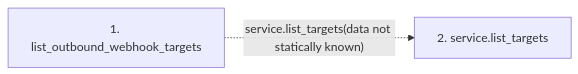
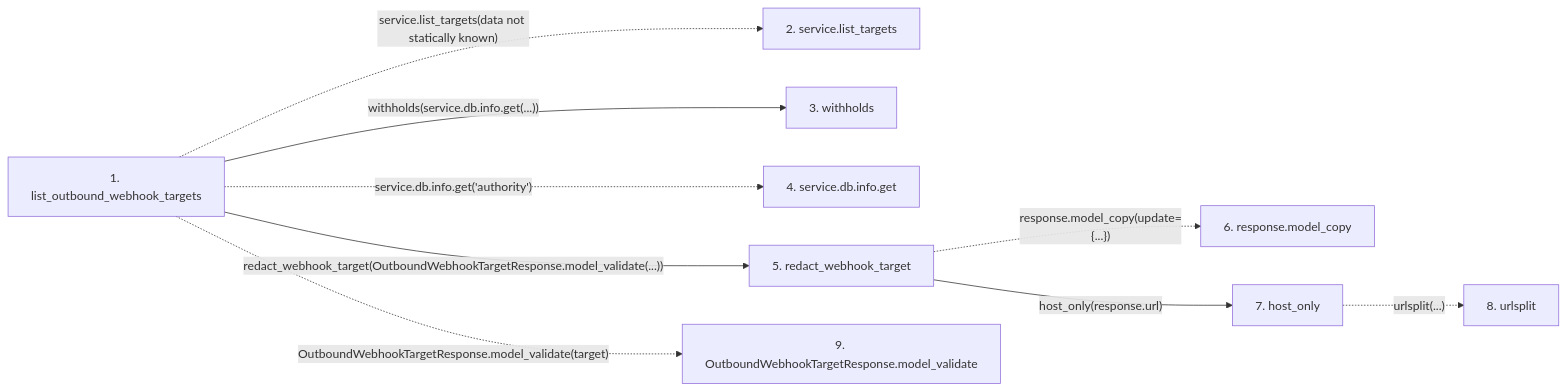
One commit to Denissvgn/WorkChord changed the second of 2 diagrams in docs/llm_wiki/flows/http-list_outbound_webhook_targets.md. Above: the diagram before and after it, drawn with Mermaid. The commit also changed other lines of this file and 524 other files, not shown here.

````diff
--- a/docs/llm_wiki/flows/http-list_outbound_webhook_targets.md
+++ b/docs/llm_wiki/flows/http-list_outbound_webhook_targets.md
@@ -36,7 +50,24 @@
 ```mermaid
 flowchart LR
     s1["1. list_outbound_webhook_targets"]
     s2["2. service.list_targets"]
+    s3["3. withholds"]
+    s4["4. service.db.info.get"]
+    s5["5. redact_webhook_target"]
+    s6["6. response.model_copy"]
+    s7["7. host_only"]
+    s8["8. urlsplit"]
+    s9["9. OutboundWebhookTargetResponse.model_validate"]
     s1 -. "service.list_targets(data not statically known)" .-> s2
+    s1 -->|"withholds(service.db.info.get(...))"| s3
+    s1 -. "service.db.info.get('authority')" .-> s4
+    s1 -->|"redact_webhook_target(OutboundWebhookTargetResponse.model_validate(...))"| s5
+    s5 -. "response.model_copy(update={...})" .-> s6
+    s5 -->|"host_only(response.url)"| s7
+    s7 -. "urlsplit(...)" .-> s8
+    s1 -. "OutboundWebhookTargetResponse.model_validate(target)" .-> s9
     click s1 "../modules/outbound_webhooks.md"
+    click s3 "../modules/settings_read.md"
+    click s5 "../modules/settings_read.md"
+    click s7 "../modules/settings_read.md"
 ```
````
